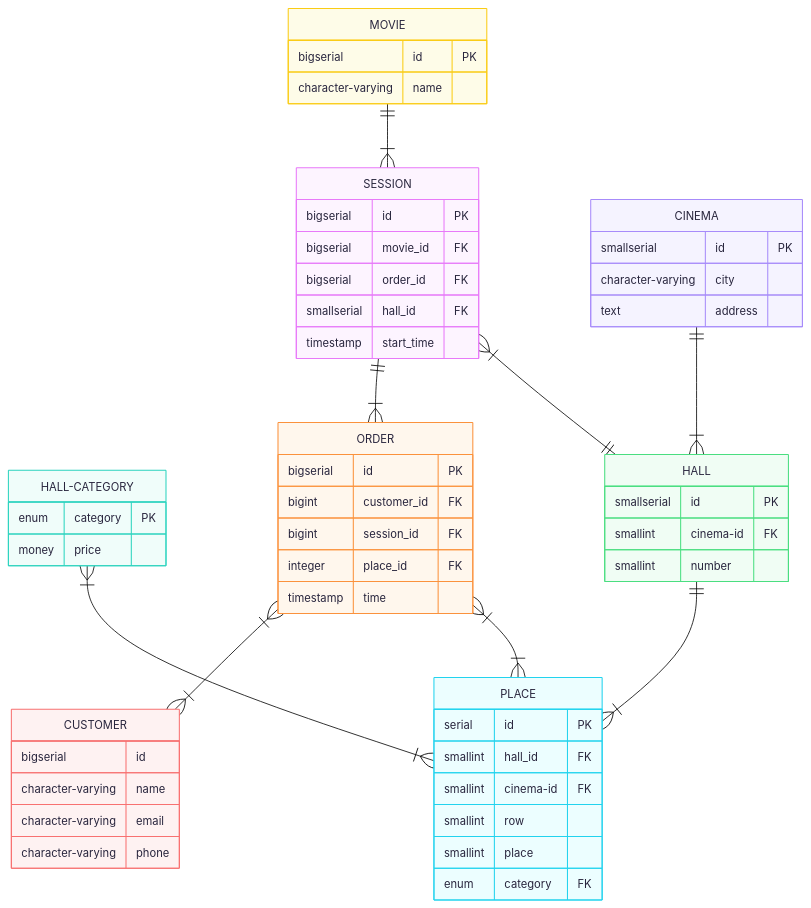
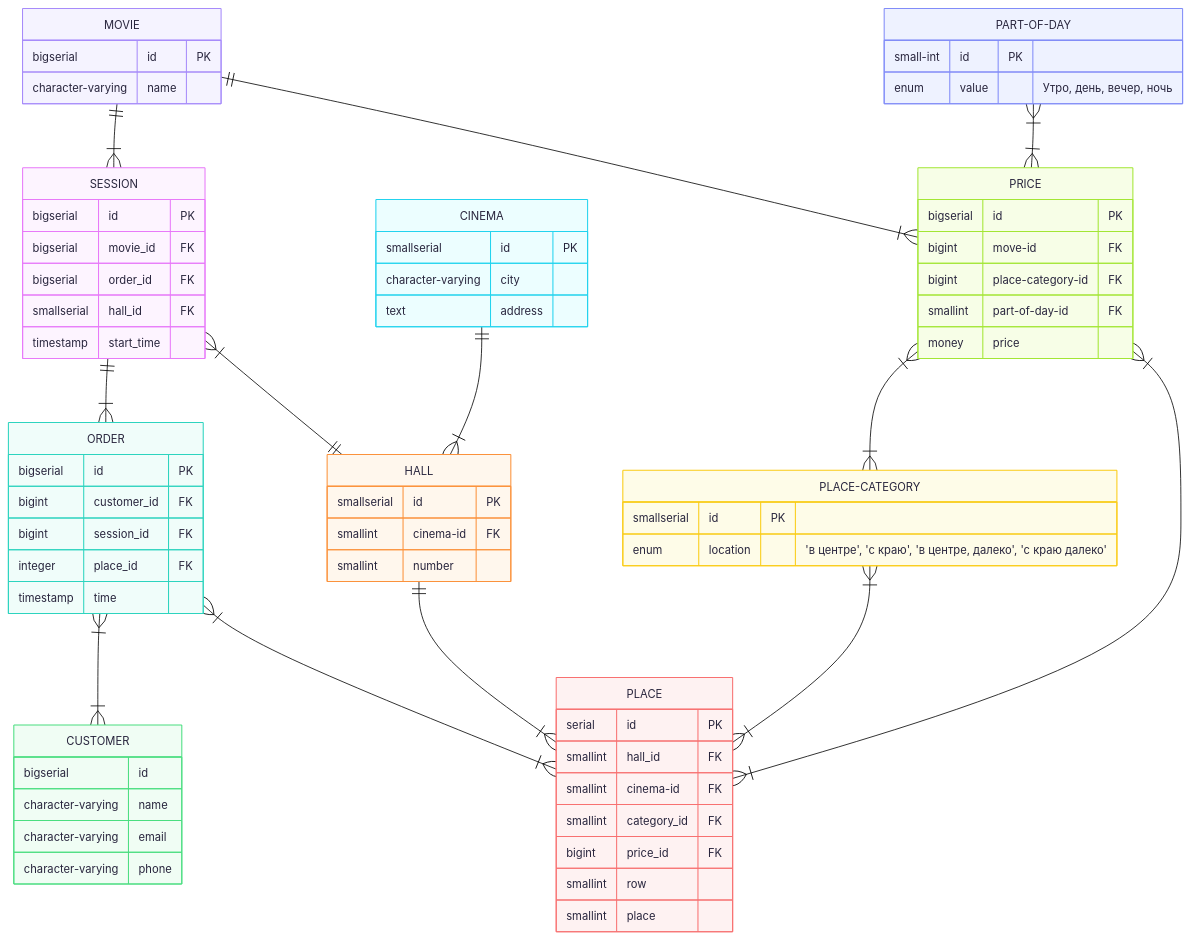
One commit to otusteamedu/PHP_2025 changed the diagram in cinema.mmd. Above: the diagram before and after it, drawn with Mermaid. The commit also changed 1 other file, not shown here.

Commit message:
feat: Updated schema

```diff
--- a/cinema.mmd
+++ b/cinema.mmd
@@ -1,68 +1,87 @@
 ---
 config:
   theme: redux-color
+  layout: dagre
 ---
 erDiagram
 	direction TB
 	SESSION {
 		bigserial id PK ""
 		bigserial movie_id FK ""
 		bigserial order_id FK ""
 		smallserial hall_id FK ""
 		timestamp start_time  ""
 	}
 
-	HALL-CATEGORY {
-		enum category PK ""
-		money price  ""
-	}
-
 	ORDER {
 		bigserial id PK ""
 		bigint customer_id FK ""
 		bigint session_id FK ""
 		integer place_id FK ""
 		timestamp time  ""
-	}
-
-	PLACE {
-		serial id PK ""
-		smallint hall_id FK ""
-		smallint cinema-id FK ""
-		smallint row  ""
-		smallint place  ""
-		enum category FK ""
 	}
 
 	HALL {
 		smallserial id PK ""
 		smallint cinema-id FK ""
 		smallint number  ""
 	}
 
 	CINEMA {
 		smallserial id PK ""
 		character-varying city  ""
 		text address  ""
 	}
 
 	CUSTOMER {
 		bigserial id  ""
 		character-varying name  ""
 		character-varying email  ""
 		character-varying phone  ""
 	}
 
 	MOVIE {
 		bigserial id PK ""
 		character-varying name  ""
 	}
 
-	HALL-CATEGORY}|--|{PLACE:"  "
+	PLACE {
+		serial id PK ""
+		smallint hall_id FK ""
+		smallint cinema-id FK ""
+		smallint category_id FK ""
+		bigint price_id FK ""
+		smallint row  ""
+		smallint place  ""
+	}
+
+	PLACE-CATEGORY {
+		smallserial id PK ""
+		enum location  "'в центре', 'с краю', 'в центре, далеко', 'с краю далеко'"
+	}
+
+	PART-OF-DAY {
+		small-int id PK ""
+		enum value  "Утро, день, вечер, ночь"
+	}
+
+	PRICE {
+		bigserial id PK ""
+		bigint move-id FK ""
+		bigint place-category-id FK ""
+		smallint part-of-day-id FK ""
+		money price  ""
+	}
+
+	PLACE-CATEGORY}|--|{PLACE:"  "
 	HALL||--|{PLACE:"  "
 	ORDER}|--|{CUSTOMER:"  "
 	SESSION||--|{ORDER:"  "
 	MOVIE||--|{SESSION:"  "
 	SESSION}|--||HALL:"  "
 	ORDER}|--|{PLACE:"  "
 	CINEMA||--|{HALL:"  "
+	PRICE}|--|{PLACE-CATEGORY:"  "
+	PRICE}|--|{PLACE:"  "
+	PART-OF-DAY}|--|{PRICE:"  "
+	MOVIE||--|{PRICE:"  "
```
